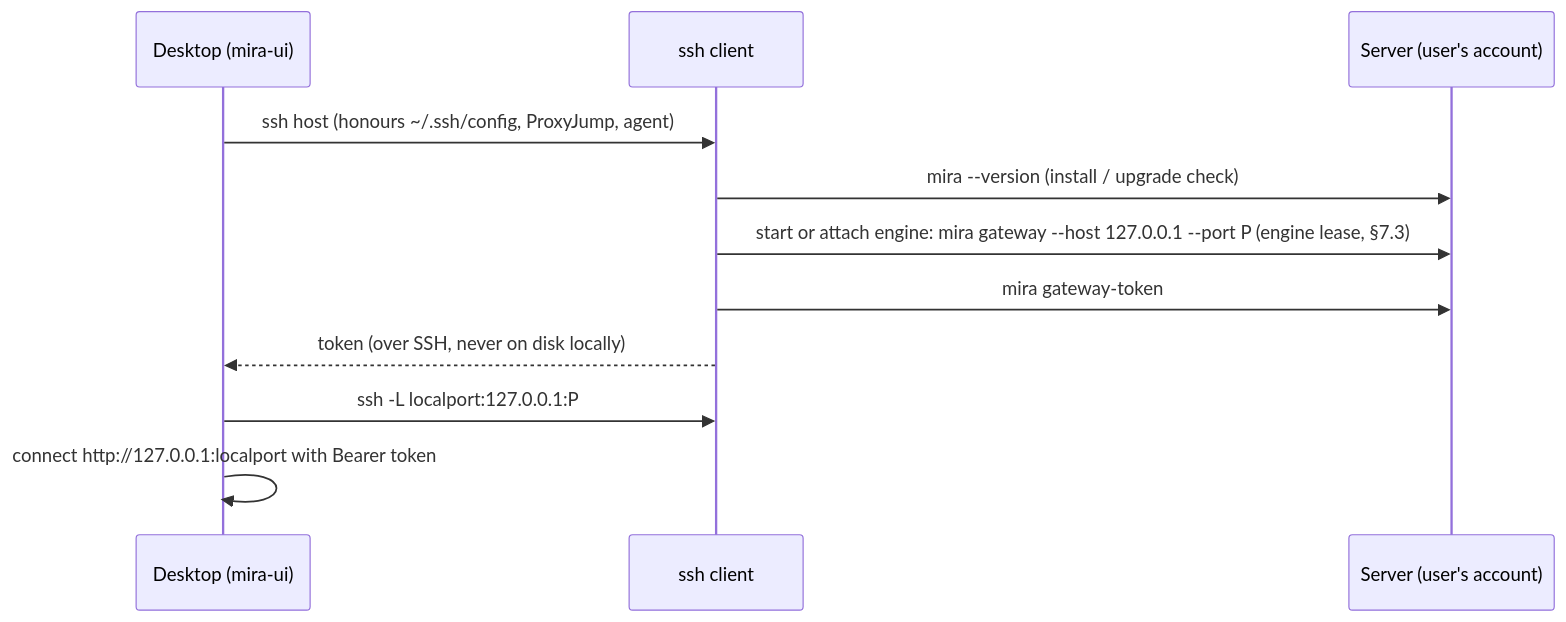
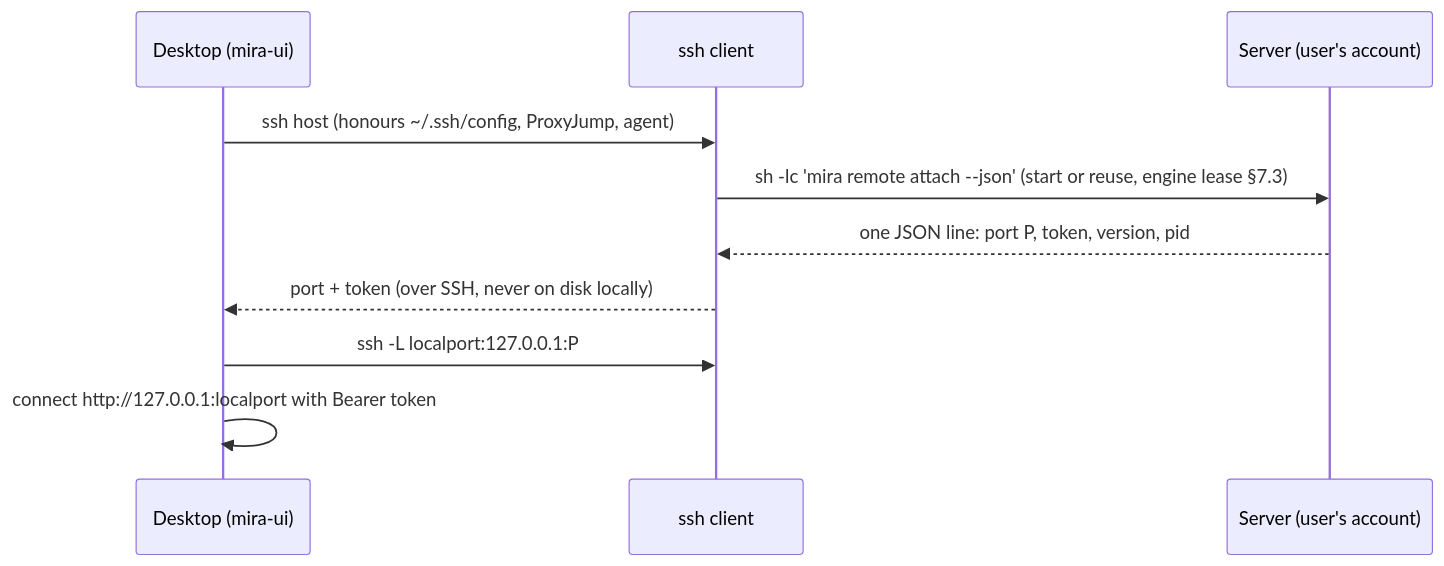
Before and after one commit to MIRA-Intelligence/mira: the first of 5 diagrams in docs/server-edition/architecture.md, drawn with Mermaid. The commit also changed other lines of this file and 5 other files, not shown here.

First line of the commit message:
feat(cli): add mira remote attach/status/stop for Remote-SSH

````diff
--- a/docs/server-edition/architecture.md
+++ b/docs/server-edition/architecture.md
@@ -108,13 +108,12 @@
 ```mermaid
 sequenceDiagram
   participant D as Desktop (mira-ui)
   participant S as ssh client
   participant H as Server (user's account)
   D->>S: ssh host (honours ~/.ssh/config, ProxyJump, agent)
-  S->>H: mira --version (install / upgrade check)
-  S->>H: start or attach engine: mira gateway --host 127.0.0.1 --port P (engine lease, §7.3)
-  S->>H: mira gateway-token
-  S-->>D: token (over SSH, never on disk locally)
+  S->>H: sh -lc 'mira remote attach --json' (start or reuse, engine lease §7.3)
+  H-->>S: one JSON line: port P, token, version, pid
+  S-->>D: port + token (over SSH, never on disk locally)
   D->>S: ssh -L localport:127.0.0.1:P
   D->>D: connect http://127.0.0.1:localport with Bearer token
 ```
````
